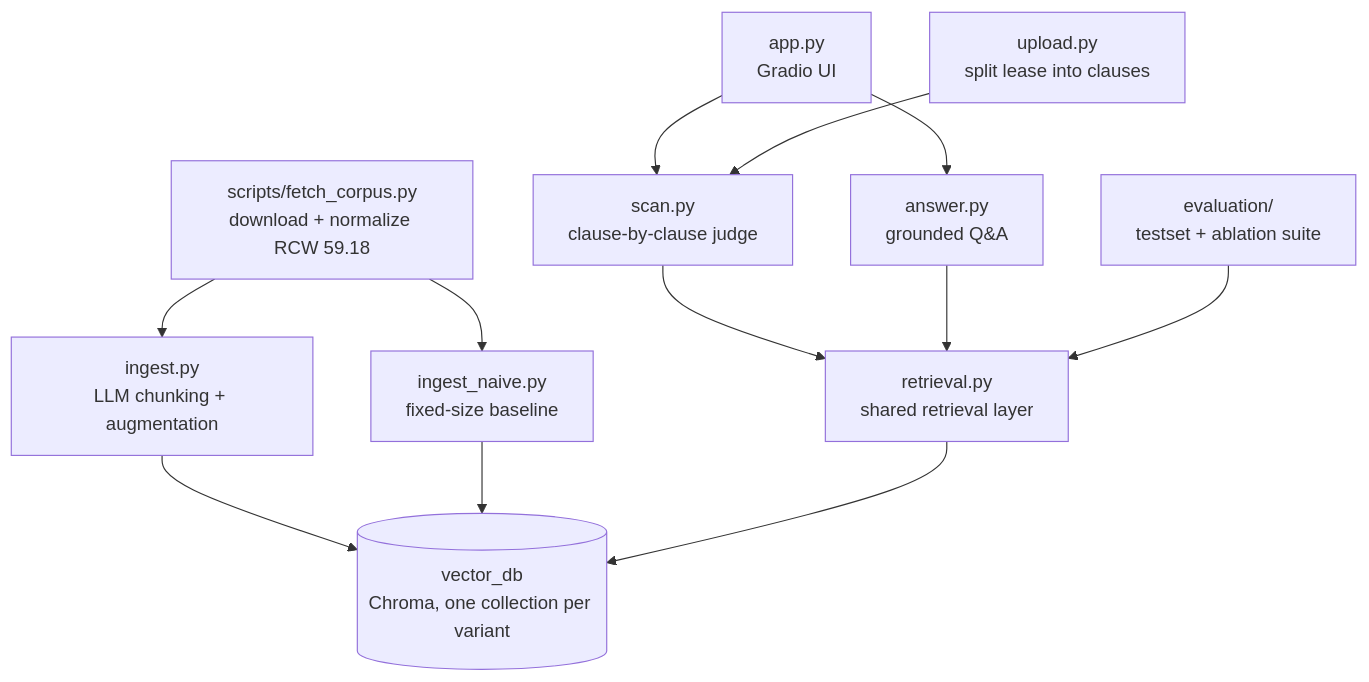
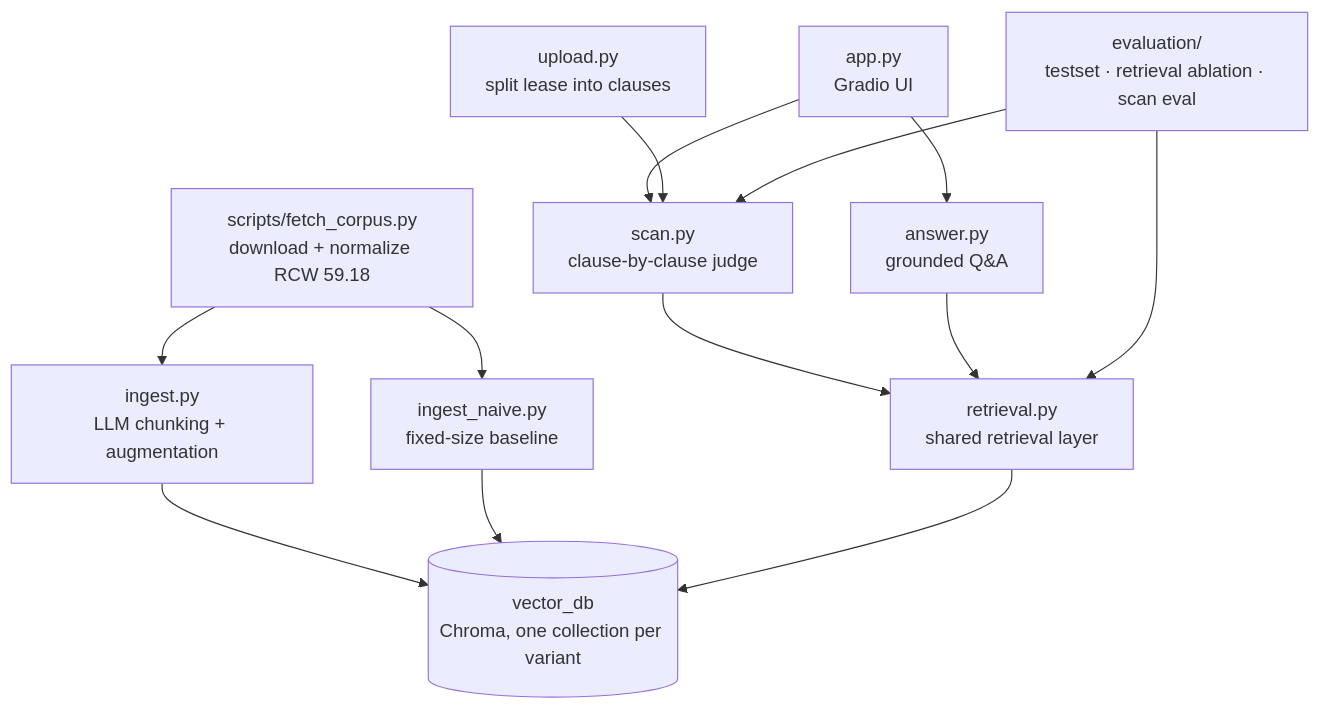
One commit to tywangq/leasehound changed the diagram in README.md. Above: the diagram before and after it, drawn with Mermaid. The commit also changed other lines of this file and 2 other files, not shown here.

First line of the commit message:
Expand retrieval test set to 82 questions; refresh ablation + docs

````diff
--- a/README.md
+++ b/README.md
@@ -29,15 +29,16 @@
 ```mermaid
 graph TD
     FETCH["scripts/fetch_corpus.py<br>download + normalize RCW 59.18"] --> INGEST["ingest.py<br>LLM chunking + augmentation"]
     FETCH --> NAIVE["ingest_naive.py<br>fixed-size baseline"]
     INGEST --> DB[("vector_db<br>Chroma, one collection per variant")]
     NAIVE --> DB
 
     APP["app.py<br>Gradio UI"] --> SCAN["scan.py<br>clause-by-clause judge"]
     APP --> ANSWER["answer.py<br>grounded Q&A"]
     UPLOAD["upload.py<br>split lease into clauses"] --> SCAN
     SCAN --> RETRIEVAL["retrieval.py<br>shared retrieval layer"]
     ANSWER --> RETRIEVAL
-    EVAL["evaluation/<br>testset + ablation suite"] --> RETRIEVAL
+    EVAL["evaluation/<br>testset · retrieval ablation · scan eval"] --> RETRIEVAL
+    EVAL --> SCAN
     RETRIEVAL --> DB
 ```
````
